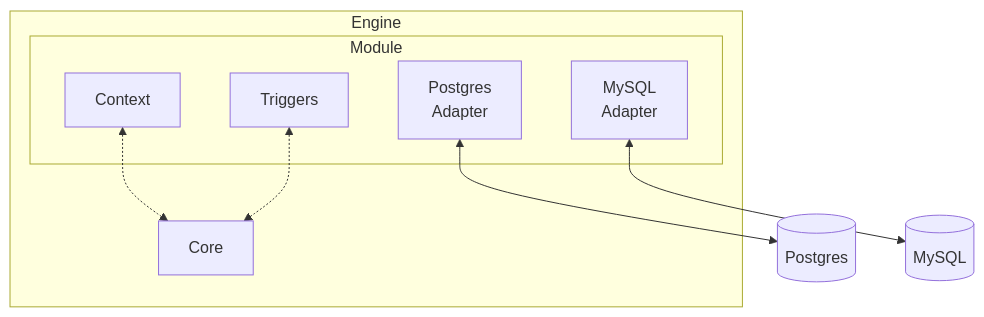
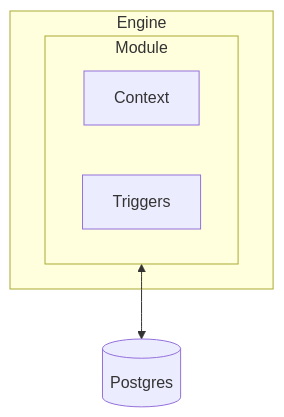
One commit to iii-hq/docs changed the diagram in content/concepts/modules.mdx. Above: the diagram before and after it, drawn with Mermaid. The commit also changed other lines of this file and 8 other files, not shown here.

````diff
--- a/content/concepts/modules.mdx
+++ b/content/concepts/modules.mdx
@@ -11,16 +7,10 @@
 ```mermaid
 graph TB
     subgraph Engine[Engine]
-        EngineCore[Core]
         subgraph Module[Module]
             Context[Context]
             Triggers[Triggers]
-            AdapterPG[Postgres<br/>Adapter]
-            AdapterMySQL[MySQL<br/>Adapter]
         end
-        Context <-.-> EngineCore
-        Triggers <-.-> EngineCore
     end
-    AdapterPG <--> Postgres[(Postgres)]
-    AdapterMySQL <--> MySQL[(MySQL)]
+    Module <--> Postgres[(Postgres)]
 ```
````
